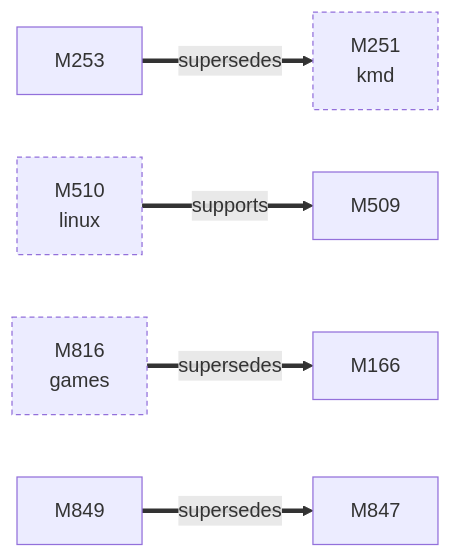
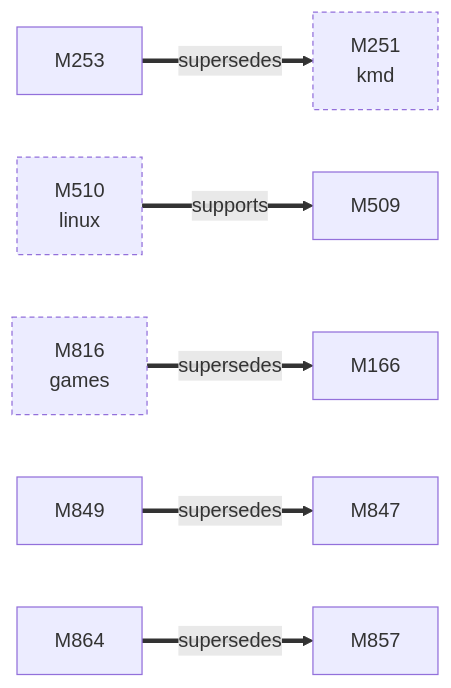
Before and after one commit to D-Ogi/amdgpu-wddm: the first of 2 diagrams in docs/facts/graphs/icd.md, drawn with Mermaid. The commit also changed other lines of this file and 64 other files, not shown here.

````diff
--- a/docs/facts/graphs/icd.md
+++ b/docs/facts/graphs/icd.md
@@ -9,17 +9,20 @@
 ```mermaid
 flowchart LR
   M166["M166"]
   M251["M251<br/>kmd"]
   M253["M253"]
   M509["M509"]
   M510["M510<br/>linux"]
   M816["M816<br/>games"]
   M847["M847"]
   M849["M849"]
+  M857["M857"]
+  M864["M864"]
   M253 ==>|supersedes| M251
   M849 ==>|supersedes| M847
+  M864 ==>|supersedes| M857
   M816 ==>|supersedes| M166
   M510 ==>|supports| M509
   classDef other stroke-dasharray:4 3
   class M251,M510,M816 other
 ```
````
